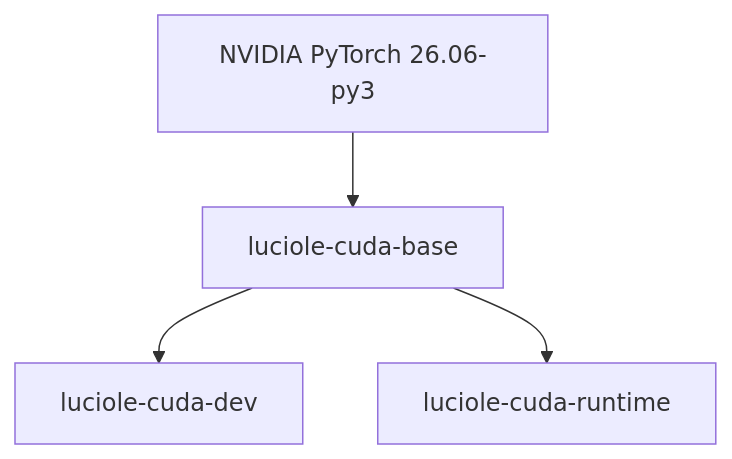
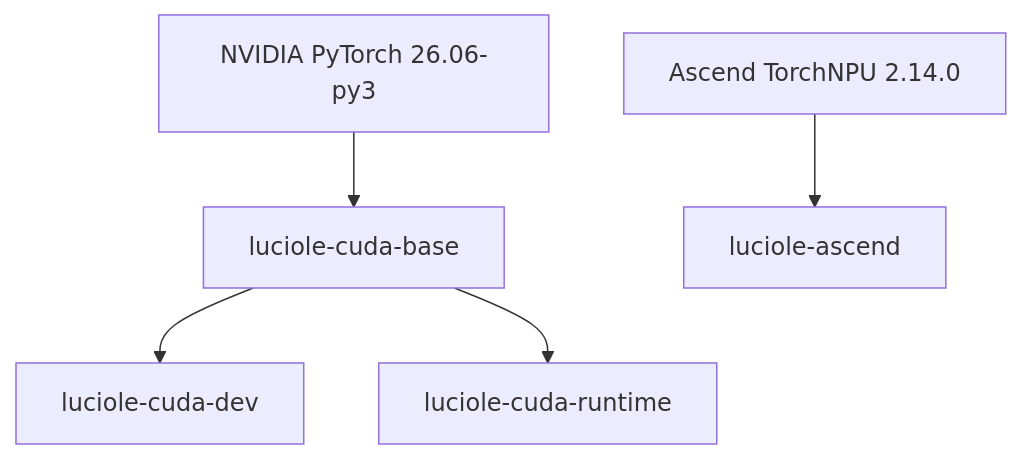
One commit to DKUAV/images changed the first of 2 diagrams in README.md. Above: the diagram before and after it, drawn with Mermaid. The commit also changed other lines of this file and 36 other files, not shown here.

````diff
--- a/README.md
+++ b/README.md
@@ -9,6 +9,7 @@
 ```mermaid
 graph TD
   N["NVIDIA PyTorch 26.06-py3"] --> B["luciole-cuda-base"]
   B --> D["luciole-cuda-dev"]
   B --> R["luciole-cuda-runtime"]
+  A["Ascend TorchNPU 2.14.0"] --> NPU["luciole-ascend"]
 ```
````
